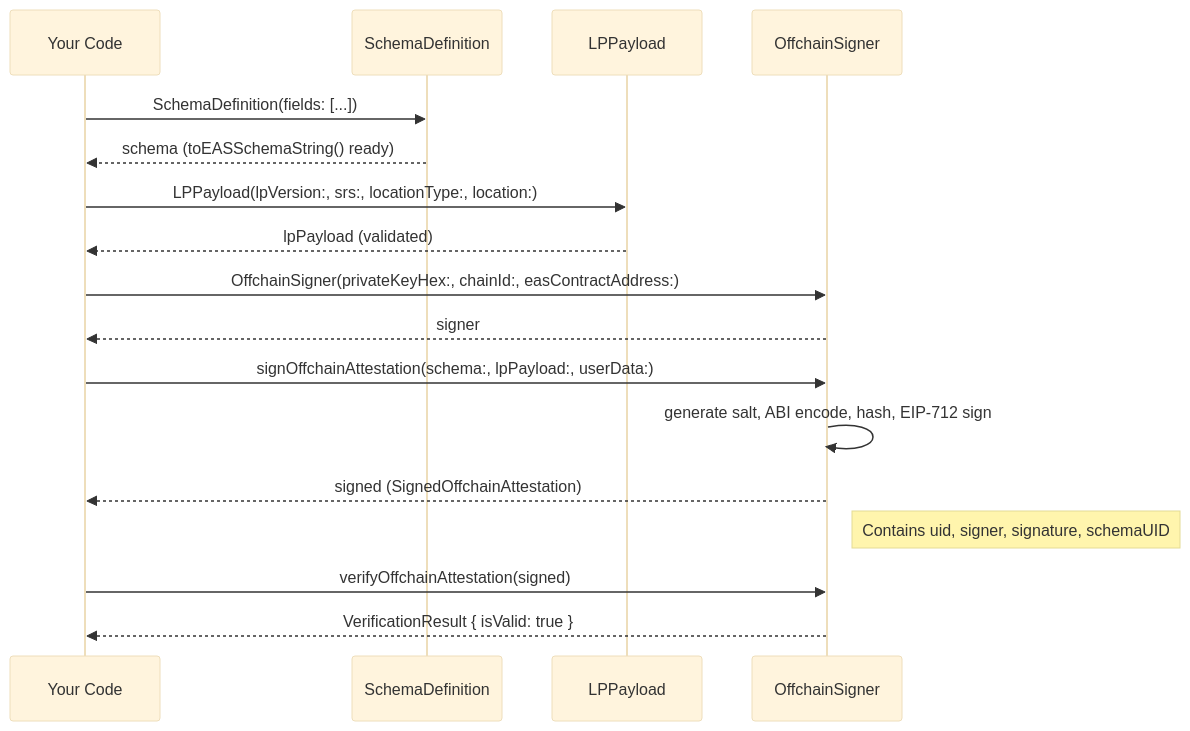
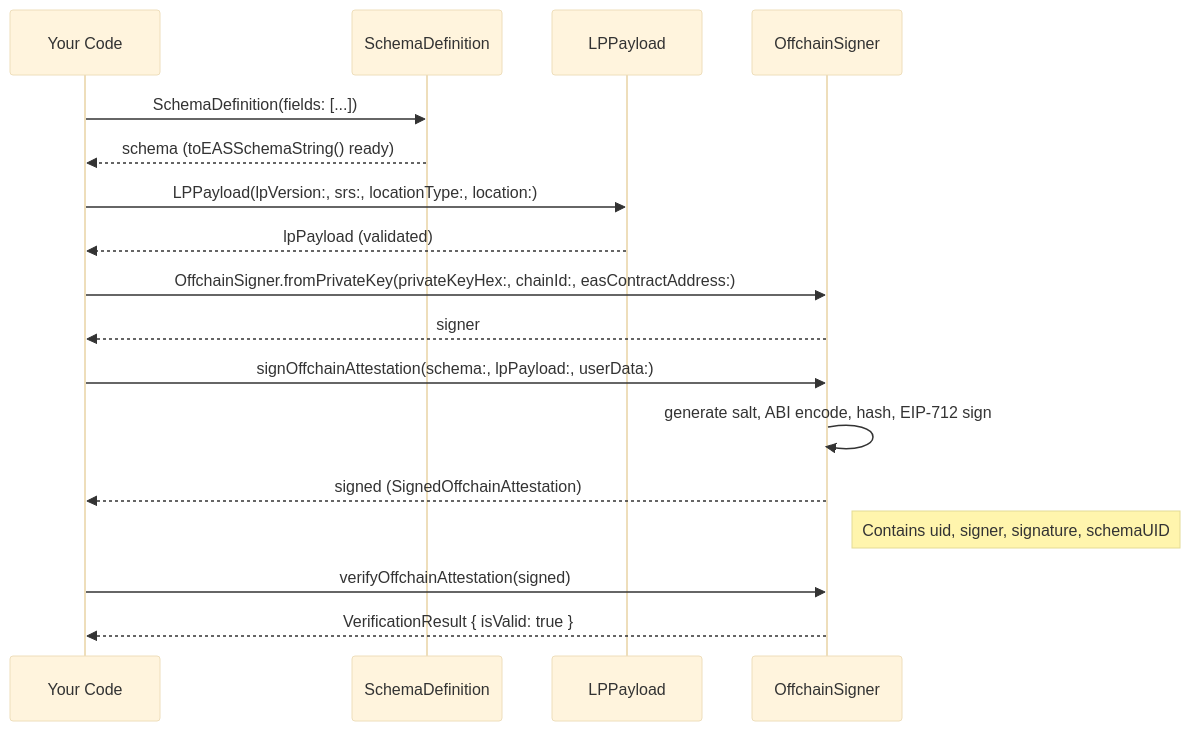
Before and after one commit to DecentralizedGeo/location-protocol-dart: the diagram in docs/guides/tutorial-first-attestation.md, drawn with Mermaid (base theme). The commit also changed other lines of this file and 10 other files, not shown here.

````diff
--- a/docs/guides/tutorial-first-attestation.md
+++ b/docs/guides/tutorial-first-attestation.md
@@ -16,20 +16,20 @@
 ```mermaid
 sequenceDiagram
     participant Code as Your Code
     participant SD as SchemaDefinition
     participant LP as LPPayload
     participant OS as OffchainSigner
 
     Code->>SD: SchemaDefinition(fields: [...])
     SD-->>Code: schema (toEASSchemaString() ready)
     Code->>LP: LPPayload(lpVersion:, srs:, locationType:, location:)
     LP-->>Code: lpPayload (validated)
-    Code->>OS: OffchainSigner(privateKeyHex:, chainId:, easContractAddress:)
+    Code->>OS: OffchainSigner.fromPrivateKey(privateKeyHex:, chainId:, easContractAddress:)
     OS-->>Code: signer
     Code->>OS: signOffchainAttestation(schema:, lpPayload:, userData:)
     OS->>OS: generate salt, ABI encode, hash, EIP-712 sign
     OS-->>Code: signed (SignedOffchainAttestation)
     Note right of OS: Contains uid, signer, signature, schemaUID
     Code->>OS: verifyOffchainAttestation(signed)
     OS-->>Code: VerificationResult { isValid: true }
 ```
````
